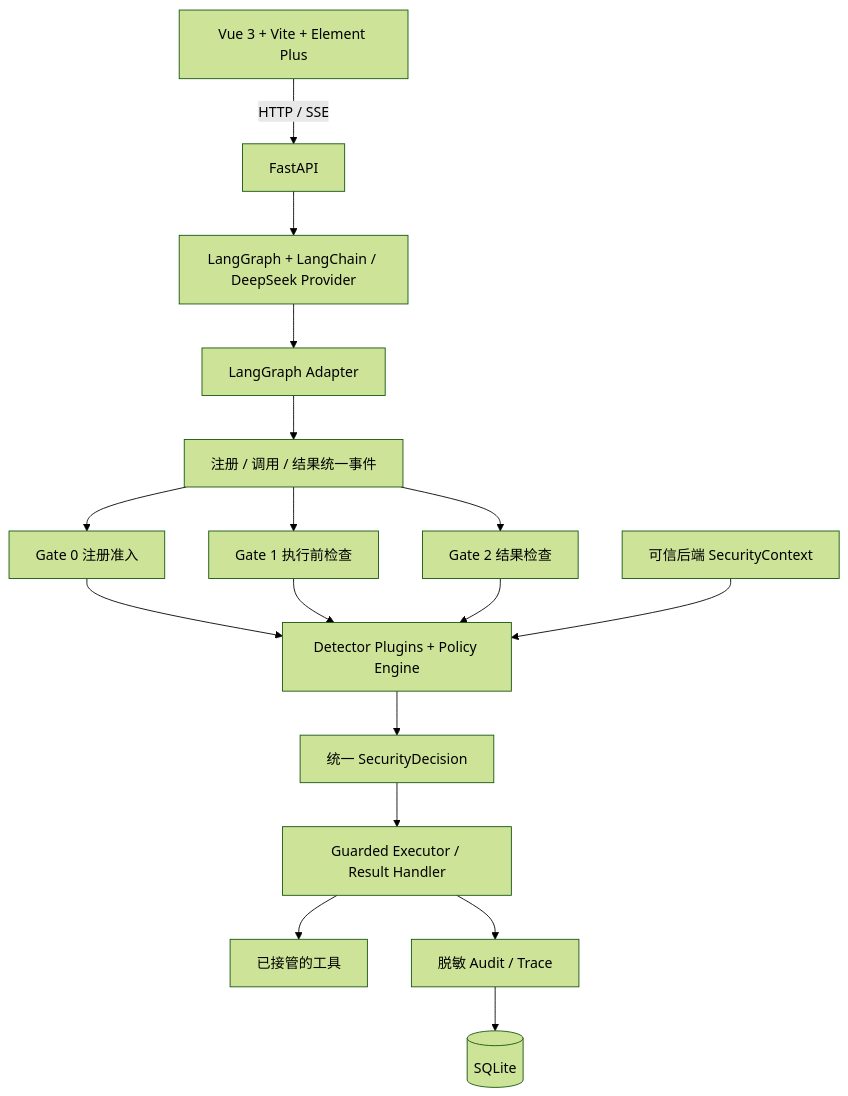
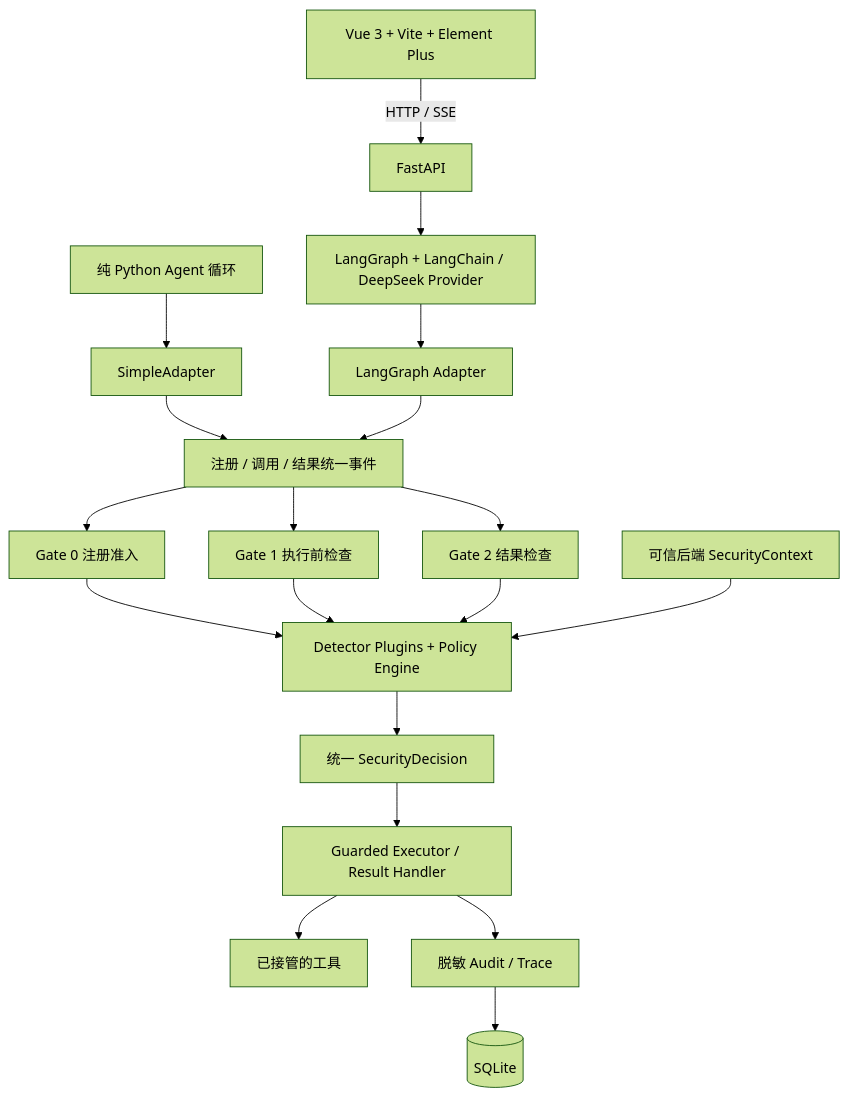
One commit to guanshandrf/CyberSpaceSecurityCompetition3 changed the diagram in docs/architecture.md. Above: the diagram before and after it, drawn with Mermaid (forest theme). The commit also changed other lines of this file and 94 other files, not shown here.

````diff
--- a/docs/architecture.md
+++ b/docs/architecture.md
@@ -30,19 +30,21 @@
 ```mermaid
 flowchart TD
     UI[Vue 3 + Vite + Element Plus] -->|HTTP / SSE| API[FastAPI]
     API --> Agent[LangGraph + LangChain / DeepSeek Provider]
     Agent --> Adapter[LangGraph Adapter]
+    PythonAgent[纯 Python Agent 循环] --> Simple[SimpleAdapter]
+    Simple --> Events
     Adapter --> Events[注册 / 调用 / 结果统一事件]
     Events --> G0[Gate 0 注册准入]
     Events --> G1[Gate 1 执行前检查]
     Events --> G2[Gate 2 结果检查]
     G0 --> Policy[Detector Plugins + Policy Engine]
     G1 --> Policy
     G2 --> Policy
     Policy --> Decision[统一 SecurityDecision]
     Decision --> Executor[Guarded Executor / Result Handler]
     Context[可信后端 SecurityContext] --> Policy
     Executor --> Tools[已接管的工具]
     Executor --> Audit[脱敏 Audit / Trace]
     Audit --> SQLite[(SQLite)]
 ```
````
